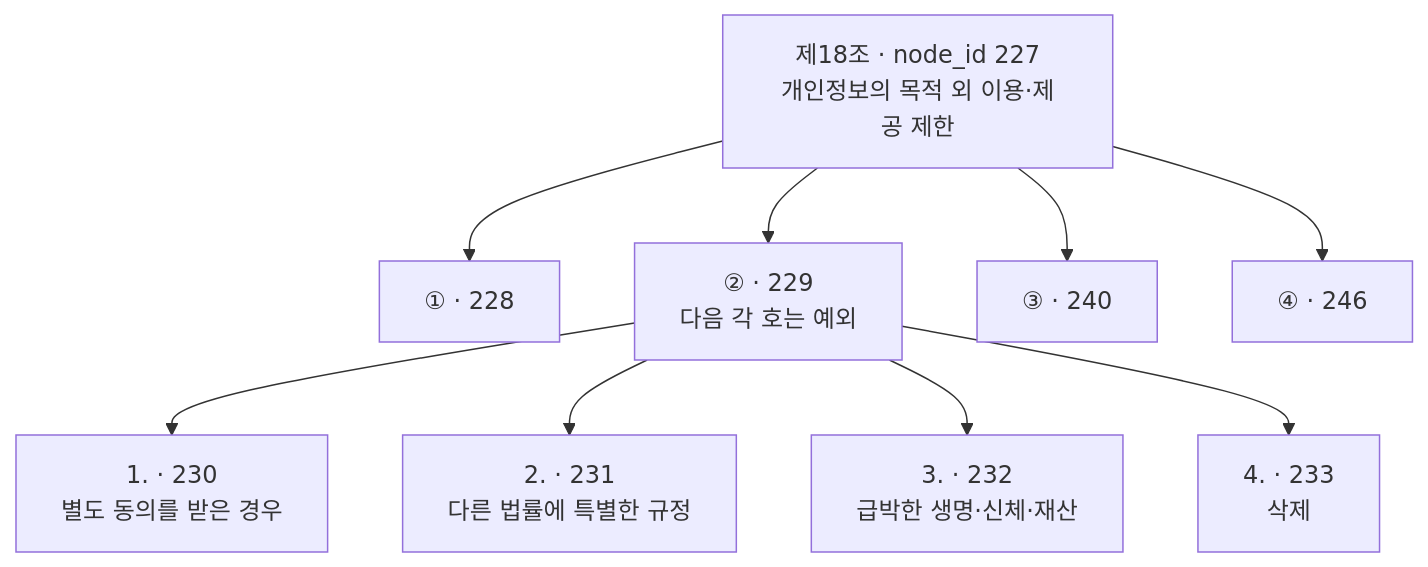
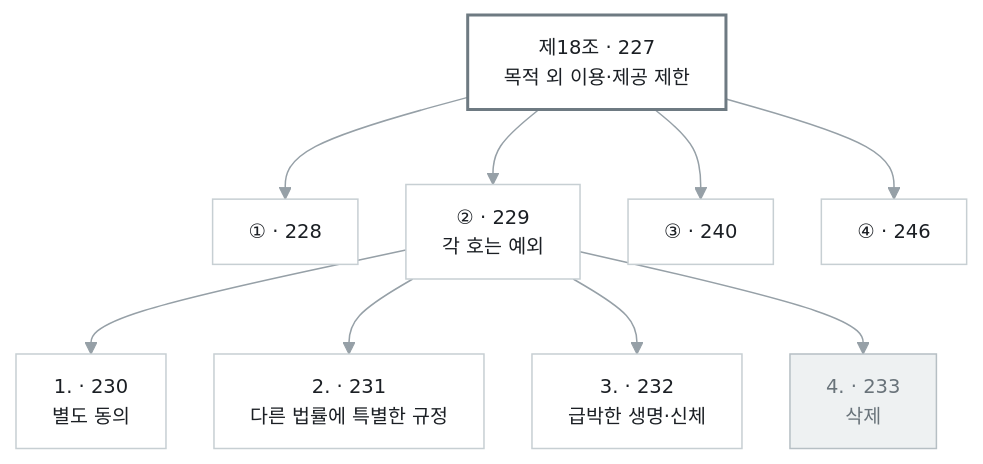
The second of 9 diagrams in docs/ARCH_SYSTEM.md (Fromson99/8agent), drawn with Mermaid before and after one commit. The commit also changed other lines of this file and 2 other files, not shown here.

````diff
--- a/docs/ARCH_SYSTEM.md
+++ b/docs/ARCH_SYSTEM.md
@@ -54,12 +56,15 @@
 ```mermaid
-graph TD
-  J["제18조 · node_id 227<br/>개인정보의 목적 외 이용·제공 제한"]
+%%{init:{'theme':'base','themeVariables':{'fontFamily':'system-ui, sans-serif','fontSize':'13px','primaryColor':'#FFFFFF','primaryTextColor':'#1B1F24','primaryBorderColor':'#C7CFD3','lineColor':'#96A0A7','secondaryColor':'#F1F4F5','tertiaryColor':'#FAFBFB','clusterBkg':'#F5F8F8','clusterBorder':'#DBE1E3','edgeLabelBackground':'#FCFCFB'},'flowchart':{'curve':'basis','nodeSpacing':32,'rankSpacing':50,'padding':12}}}%%
+flowchart TB
+  J["제18조 · 227<br/>목적 외 이용·제공 제한"]
   J --> H1["① · 228"]
-  J --> H2["② · 229<br/>다음 각 호는 예외"]
+  J --> H2["② · 229<br/>각 호는 예외"]
   J --> H3["③ · 240"]
   J --> H4["④ · 246"]
-  H2 --> N1["1. · 230<br/>별도 동의를 받은 경우"]
+  H2 --> N1["1. · 230<br/>별도 동의"]
   H2 --> N2["2. · 231<br/>다른 법률에 특별한 규정"]
-  H2 --> N3["3. · 232<br/>급박한 생명·신체·재산"]
+  H2 --> N3["3. · 232<br/>급박한 생명·신체"]
   H2 --> N4["4. · 233<br/>삭제"]
+  style J fill:#FFFFFF,stroke:#6E7A82,stroke-width:2px
+  style N4 fill:#EEF1F2,stroke:#B6BFC4,color:#69737A
 ```
````
